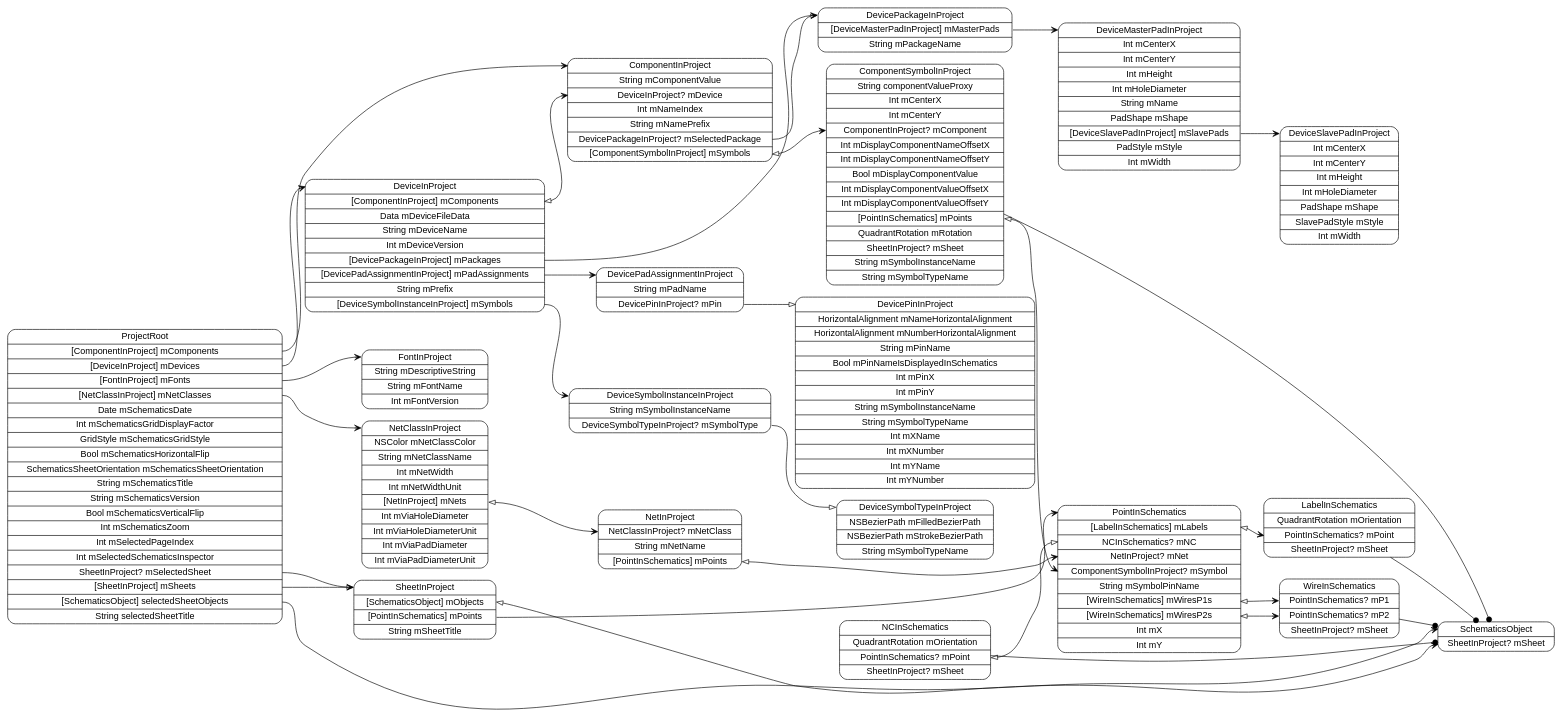
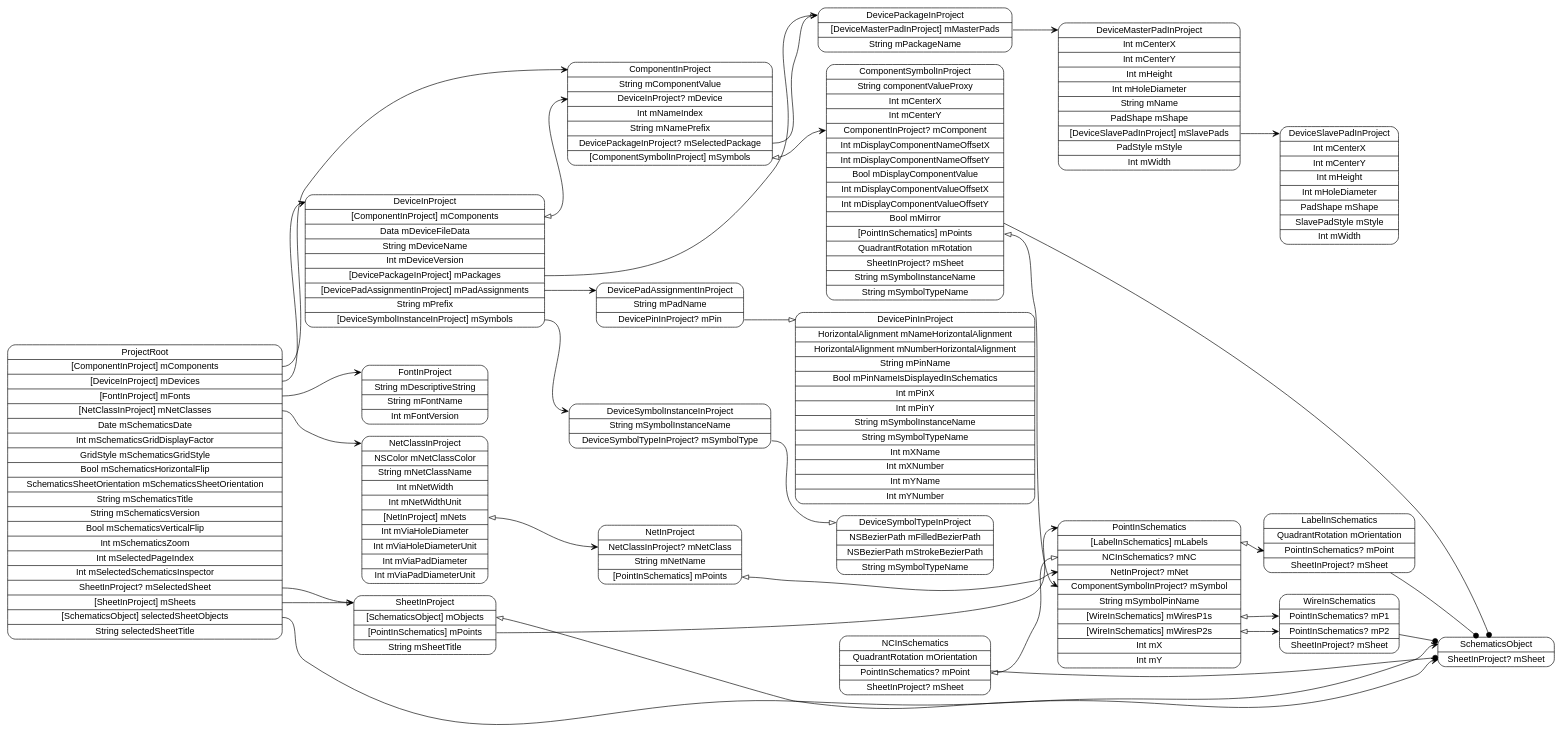
The diagram in models/ProjectRoot.dot (pierremolinaro/ElCanari-dev), drawn with Graphviz before and after one commit. The commit also changed 23 other files, not shown here.

Commit message:
Symbol in schematic : mirror

```diff
--- a/models/ProjectRoot.dot
+++ b/models/ProjectRoot.dot
@@ -1,54 +1,54 @@
 digraph G {
   rankdir=LR ;
   node [shape=record fontname=helvetica style=rounded] ;
   ProjectRoot[label="<ProjectRoot>ProjectRoot|<mComponents>[ComponentInProject] mComponents|<mDevices>[DeviceInProject] mDevices|<mFonts>[FontInProject] mFonts|<mNetClasses>[NetClassInProject] mNetClasses|Date mSchematicsDate|Int mSchematicsGridDisplayFactor|GridStyle mSchematicsGridStyle|Bool mSchematicsHorizontalFlip|SchematicsSheetOrientation mSchematicsSheetOrientation|String mSchematicsTitle|String mSchematicsVersion|Bool mSchematicsVerticalFlip|Int mSchematicsZoom|Int mSelectedPageIndex|Int mSelectedSchematicsInspector|<mSelectedSheet>SheetInProject? mSelectedSheet|<mSheets>[SheetInProject] mSheets|<selectedSheetObjects>[SchematicsObject] selectedSheetObjects|String selectedSheetTitle"] ;
   SchematicsObject[label="<SchematicsObject>SchematicsObject|<mSheet>SheetInProject? mSheet"] ;
   SheetInProject[label="<SheetInProject>SheetInProject|<mObjects>[SchematicsObject] mObjects|<mPoints>[PointInSchematics] mPoints|String mSheetTitle"] ;
   PointInSchematics[label="<PointInSchematics>PointInSchematics|<mLabels>[LabelInSchematics] mLabels|<mNC>NCInSchematics? mNC|<mNet>NetInProject? mNet|<mSymbol>ComponentSymbolInProject? mSymbol|String mSymbolPinName|<mWiresP1s>[WireInSchematics] mWiresP1s|<mWiresP2s>[WireInSchematics] mWiresP2s|Int mX|Int mY"] ;
   WireInSchematics[label="<WireInSchematics>WireInSchematics|<mP1>PointInSchematics? mP1|<mP2>PointInSchematics? mP2|<mSheet>SheetInProject? mSheet"] ;
   NCInSchematics[label="<NCInSchematics>NCInSchematics|QuadrantRotation mOrientation|<mPoint>PointInSchematics? mPoint|<mSheet>SheetInProject? mSheet"] ;
   LabelInSchematics[label="<LabelInSchematics>LabelInSchematics|QuadrantRotation mOrientation|<mPoint>PointInSchematics? mPoint|<mSheet>SheetInProject? mSheet"] ;
   NetClassInProject[label="<NetClassInProject>NetClassInProject|NSColor mNetClassColor|String mNetClassName|Int mNetWidth|Int mNetWidthUnit|<mNets>[NetInProject] mNets|Int mViaHoleDiameter|Int mViaHoleDiameterUnit|Int mViaPadDiameter|Int mViaPadDiameterUnit"] ;
   NetInProject[label="<NetInProject>NetInProject|<mNetClass>NetClassInProject? mNetClass|String mNetName|<mPoints>[PointInSchematics] mPoints"] ;
   FontInProject[label="<FontInProject>FontInProject|String mDescriptiveString|String mFontName|Int mFontVersion"] ;
   DeviceInProject[label="<DeviceInProject>DeviceInProject|<mComponents>[ComponentInProject] mComponents|Data mDeviceFileData|String mDeviceName|Int mDeviceVersion|<mPackages>[DevicePackageInProject] mPackages|<mPadAssignments>[DevicePadAssignmentInProject] mPadAssignments|String mPrefix|<mSymbols>[DeviceSymbolInstanceInProject] mSymbols"] ;
   DeviceSymbolInstanceInProject[label="<DeviceSymbolInstanceInProject>DeviceSymbolInstanceInProject|String mSymbolInstanceName|<mSymbolType>DeviceSymbolTypeInProject? mSymbolType"] ;
   DeviceSymbolTypeInProject[label="<DeviceSymbolTypeInProject>DeviceSymbolTypeInProject|NSBezierPath mFilledBezierPath|NSBezierPath mStrokeBezierPath|String mSymbolTypeName"] ;
   DevicePadAssignmentInProject[label="<DevicePadAssignmentInProject>DevicePadAssignmentInProject|String mPadName|<mPin>DevicePinInProject? mPin"] ;
   DevicePinInProject[label="<DevicePinInProject>DevicePinInProject|HorizontalAlignment mNameHorizontalAlignment|HorizontalAlignment mNumberHorizontalAlignment|String mPinName|Bool mPinNameIsDisplayedInSchematics|Int mPinX|Int mPinY|String mSymbolInstanceName|String mSymbolTypeName|Int mXName|Int mXNumber|Int mYName|Int mYNumber"] ;
   DevicePackageInProject[label="<DevicePackageInProject>DevicePackageInProject|<mMasterPads>[DeviceMasterPadInProject] mMasterPads|String mPackageName"] ;
   DeviceMasterPadInProject[label="<DeviceMasterPadInProject>DeviceMasterPadInProject|Int mCenterX|Int mCenterY|Int mHeight|Int mHoleDiameter|String mName|PadShape mShape|<mSlavePads>[DeviceSlavePadInProject] mSlavePads|PadStyle mStyle|Int mWidth"] ;
   DeviceSlavePadInProject[label="<DeviceSlavePadInProject>DeviceSlavePadInProject|Int mCenterX|Int mCenterY|Int mHeight|Int mHoleDiameter|PadShape mShape|SlavePadStyle mStyle|Int mWidth"] ;
   ComponentInProject[label="<ComponentInProject>ComponentInProject|String mComponentValue|<mDevice>DeviceInProject? mDevice|Int mNameIndex|String mNamePrefix|<mSelectedPackage>DevicePackageInProject? mSelectedPackage|<mSymbols>[ComponentSymbolInProject] mSymbols"] ;
-  ComponentSymbolInProject[label="<ComponentSymbolInProject>ComponentSymbolInProject|String componentValueProxy|Int mCenterX|Int mCenterY|<mComponent>ComponentInProject? mComponent|Int mDisplayComponentNameOffsetX|Int mDisplayComponentNameOffsetY|Bool mDisplayComponentValue|Int mDisplayComponentValueOffsetX|Int mDisplayComponentValueOffsetY|<mPoints>[PointInSchematics] mPoints|QuadrantRotation mRotation|<mSheet>SheetInProject? mSheet|String mSymbolInstanceName|String mSymbolTypeName"] ;
+  ComponentSymbolInProject[label="<ComponentSymbolInProject>ComponentSymbolInProject|String componentValueProxy|Int mCenterX|Int mCenterY|<mComponent>ComponentInProject? mComponent|Int mDisplayComponentNameOffsetX|Int mDisplayComponentNameOffsetY|Bool mDisplayComponentValue|Int mDisplayComponentValueOffsetX|Int mDisplayComponentValueOffsetY|Bool mMirror|<mPoints>[PointInSchematics] mPoints|QuadrantRotation mRotation|<mSheet>SheetInProject? mSheet|String mSymbolInstanceName|String mSymbolTypeName"] ;
   ProjectRoot:mComponents -> ComponentInProject:ComponentInProject [dir=both arrowtail=none arrowhead=vee] ;
   ProjectRoot:mDevices -> DeviceInProject:DeviceInProject [dir=both arrowtail=none arrowhead=vee] ;
   ProjectRoot:mFonts -> FontInProject:FontInProject [dir=both arrowtail=none arrowhead=vee] ;
   ProjectRoot:mNetClasses -> NetClassInProject:NetClassInProject [dir=both arrowtail=none arrowhead=vee] ;
   ProjectRoot:mSelectedSheet -> SheetInProject:SheetInProject [dir=both arrowtail=none arrowhead=onormal] ;
   ProjectRoot:mSheets -> SheetInProject:SheetInProject [dir=both arrowtail=none arrowhead=vee] ;
   ProjectRoot:selectedSheetObjects -> SchematicsObject:SchematicsObject [dir=both arrowtail=none arrowhead=vee] ;
   SheetInProject:mObjects -> SchematicsObject:mSheet [dir=both arrowtail=onormal arrowhead=vee] ;
   SheetInProject:mPoints -> PointInSchematics:PointInSchematics [dir=both arrowtail=none arrowhead=vee] ;
   PointInSchematics:mLabels -> LabelInSchematics:mPoint [dir=both arrowtail=onormal arrowhead=vee] ;
   PointInSchematics:mWiresP1s -> WireInSchematics:mP1 [dir=both arrowtail=onormal arrowhead=vee] ;
   PointInSchematics:mWiresP2s -> WireInSchematics:mP2 [dir=both arrowtail=onormal arrowhead=vee] ;
   WireInSchematics -> SchematicsObject [arrowhead=dot] ;
   NCInSchematics -> SchematicsObject [arrowhead=dot] ;
   NCInSchematics:mPoint -> PointInSchematics:mNC [dir=both arrowtail=onormal arrowhead=onormal] ;
   LabelInSchematics -> SchematicsObject [arrowhead=dot] ;
   NetClassInProject:mNets -> NetInProject:mNetClass [dir=both arrowtail=onormal arrowhead=vee] ;
   NetInProject:mPoints -> PointInSchematics:mNet [dir=both arrowtail=onormal arrowhead=vee] ;
   DeviceInProject:mComponents -> ComponentInProject:mDevice [dir=both arrowtail=onormal arrowhead=vee] ;
   DeviceInProject:mPackages -> DevicePackageInProject:DevicePackageInProject [dir=both arrowtail=none arrowhead=vee] ;
   DeviceInProject:mPadAssignments -> DevicePadAssignmentInProject:DevicePadAssignmentInProject [dir=both arrowtail=none arrowhead=vee] ;
   DeviceInProject:mSymbols -> DeviceSymbolInstanceInProject:DeviceSymbolInstanceInProject [dir=both arrowtail=none arrowhead=vee] ;
   DeviceSymbolInstanceInProject:mSymbolType -> DeviceSymbolTypeInProject:DeviceSymbolTypeInProject [dir=both arrowtail=none arrowhead=onormal] ;
   DevicePadAssignmentInProject:mPin -> DevicePinInProject:DevicePinInProject [dir=both arrowtail=none arrowhead=onormal] ;
   DevicePackageInProject:mMasterPads -> DeviceMasterPadInProject:DeviceMasterPadInProject [dir=both arrowtail=none arrowhead=vee] ;
   DeviceMasterPadInProject:mSlavePads -> DeviceSlavePadInProject:DeviceSlavePadInProject [dir=both arrowtail=none arrowhead=vee] ;
   ComponentInProject:mSelectedPackage -> DevicePackageInProject:DevicePackageInProject [dir=both arrowtail=none arrowhead=onormal] ;
   ComponentInProject:mSymbols -> ComponentSymbolInProject:mComponent [dir=both arrowtail=onormal arrowhead=vee] ;
   ComponentSymbolInProject -> SchematicsObject [arrowhead=dot] ;
   ComponentSymbolInProject:mPoints -> PointInSchematics:mSymbol [dir=both arrowtail=onormal arrowhead=vee] ;
 }
```
